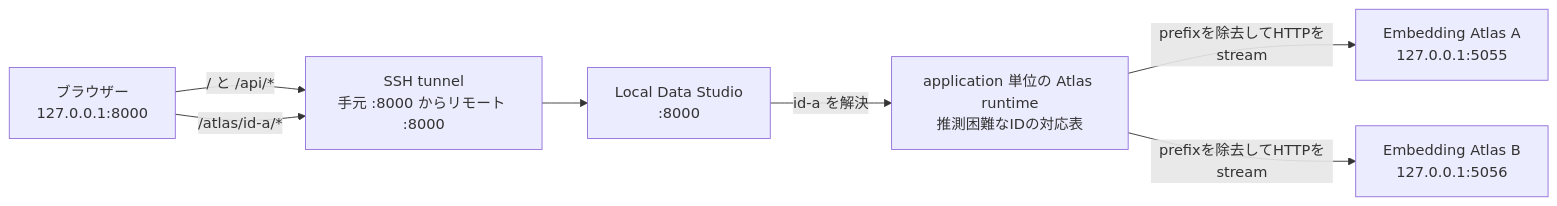
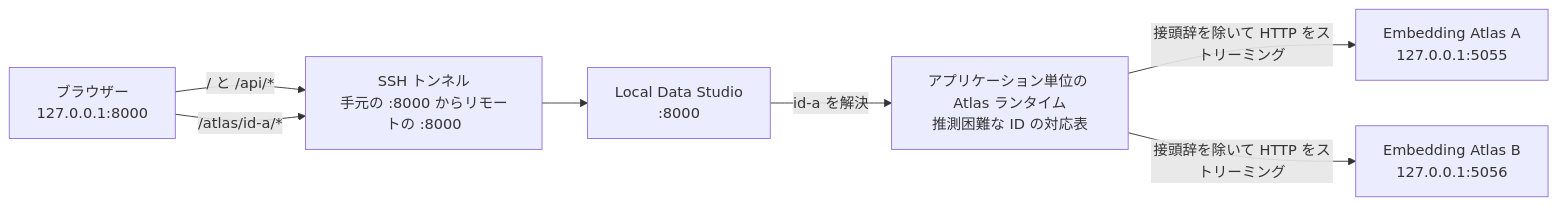
One commit to Onely7/local_data_studio changed the diagram in docs/IMPLEMENTATION_NOTES_ja.md. Above: the diagram before and after it, drawn with Mermaid. The commit also changed other lines of this file and 13 other files, not shown here.

````diff
--- a/docs/IMPLEMENTATION_NOTES_ja.md
+++ b/docs/IMPLEMENTATION_NOTES_ja.md
@@ -27,16 +333,16 @@
 ```mermaid
 flowchart LR
     Browser[ブラウザー<br/>127.0.0.1:8000]
-    Tunnel[SSH tunnel<br/>手元 :8000 からリモート :8000]
+    Tunnel[SSH トンネル<br/>手元の :8000 からリモートの :8000]
     Studio[Local Data Studio<br/>:8000]
-    Registry[application 単位の Atlas runtime<br/>推測困難なIDの対応表]
+    Registry[アプリケーション単位の Atlas ランタイム<br/>推測困難な ID の対応表]
     AtlasA[Embedding Atlas A<br/>127.0.0.1:5055]
     AtlasB[Embedding Atlas B<br/>127.0.0.1:5056]
 
     Browser -->|/ と /api/*| Tunnel
     Browser -->|/atlas/id-a/*| Tunnel
     Tunnel --> Studio
     Studio -->|id-a を解決| Registry
-    Registry -->|prefixを除去してHTTPをstream| AtlasA
-    Registry -->|prefixを除去してHTTPをstream| AtlasB
+    Registry -->|接頭辞を除いて HTTP をストリーミング| AtlasA
+    Registry -->|接頭辞を除いて HTTP をストリーミング| AtlasB
 ```
````
